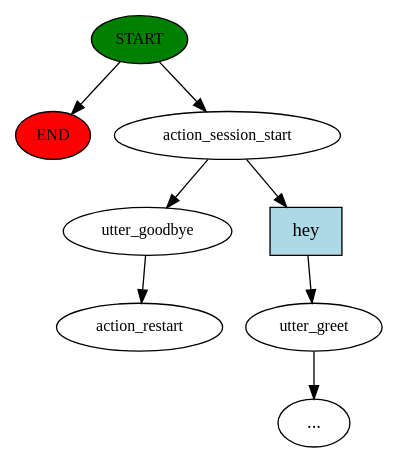
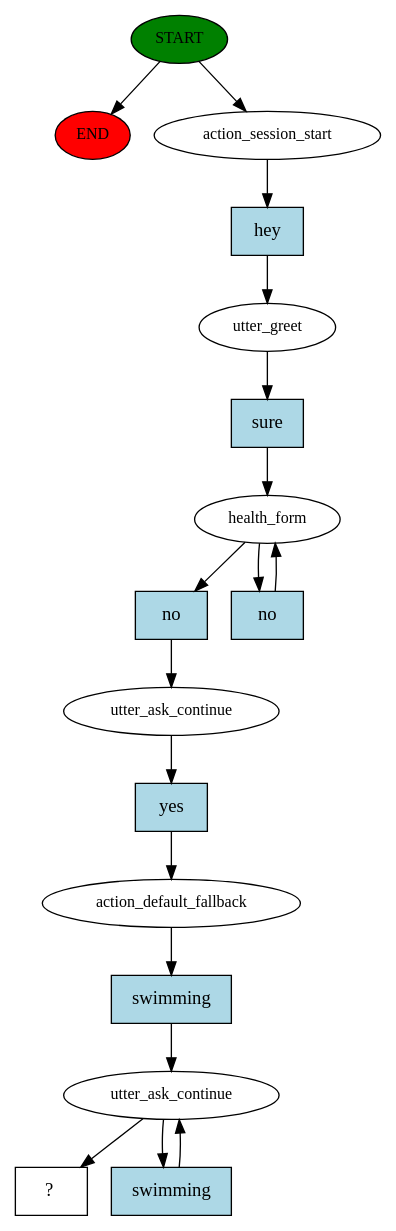
One commit to kmanadkat/rasa-wellness-bot changed the diagram in backend/story_graph.dot. Above: the diagram before and after it, drawn with Graphviz. The commit also changed 3 other files, not shown here.

```diff
--- a/backend/story_graph.dot
+++ b/backend/story_graph.dot
@@ -1,17 +1,35 @@
 digraph  {
 0 [class="start active", fillcolor=green, fontsize=12, label=START, style=filled];
 "-1" [class=end, fillcolor=red, fontsize=12, label=END, style=filled];
 1 [class=active, fontsize=12, label=action_session_start];
-2 [class="", fontsize=12, label=utter_greet];
-"-3" [class=ellipsis, label="..."];
-4 [class=active, fontsize=12, label=utter_goodbye];
-5 [class="dashed active", fontsize=12, label=action_restart];
-27 [class=intent, fillcolor=lightblue, label=hey, shape=rect, style=filled];
+2 [class=active, fontsize=12, label=utter_greet];
+3 [class=active, fontsize=12, label=health_form];
+5 [class=active, fontsize=12, label=utter_ask_continue];
+6 [class=active, fontsize=12, label=action_default_fallback];
+7 [class=active, fontsize=12, label=utter_ask_continue];
+9 [class="intent dashed active", label="  ?  ", shape=rect];
+10 [class="intent active", fillcolor=lightblue, label=hey, shape=rect, style=filled];
+11 [class="intent active", fillcolor=lightblue, label=sure, shape=rect, style=filled];
+12 [class="intent active", fillcolor=lightblue, label=no, shape=rect, style=filled];
+13 [class="intent active", fillcolor=lightblue, label=no, shape=rect, style=filled];
+14 [class="intent active", fillcolor=lightblue, label=yes, shape=rect, style=filled];
+15 [class="intent active", fillcolor=lightblue, label=swimming, shape=rect, style=filled];
+16 [class="intent active", fillcolor=lightblue, label=swimming, shape=rect, style=filled];
 0 -> "-1"  [class="", key=NONE, label=""];
 0 -> 1  [class=active, key=NONE, label=""];
-1 -> 4  [class=active, key=NONE, label=""];
-1 -> 27  [class="", key=0];
-2 -> "-3"  [class="", key=NONE, label=""];
-4 -> 5  [class=active, key=NONE, label=""];
-27 -> 2  [class="", key=0];
+1 -> 10  [class=active, key=0];
+2 -> 11  [class=active, key=0];
+3 -> 12  [class=active, key=0];
+3 -> 13  [class=active, key=0];
+5 -> 14  [class=active, key=0];
+6 -> 15  [class=active, key=0];
+7 -> 9  [class=active, key=NONE, label=""];
+7 -> 16  [class=active, key=0];
+10 -> 2  [class=active, key=0];
+11 -> 3  [class=active, key=0];
+12 -> 5  [class=active, key=0];
+13 -> 3  [class=active, key=0];
+14 -> 6  [class=active, key=0];
+15 -> 7  [class=active, key=0];
+16 -> 7  [class=active, key=0];
 }
```
